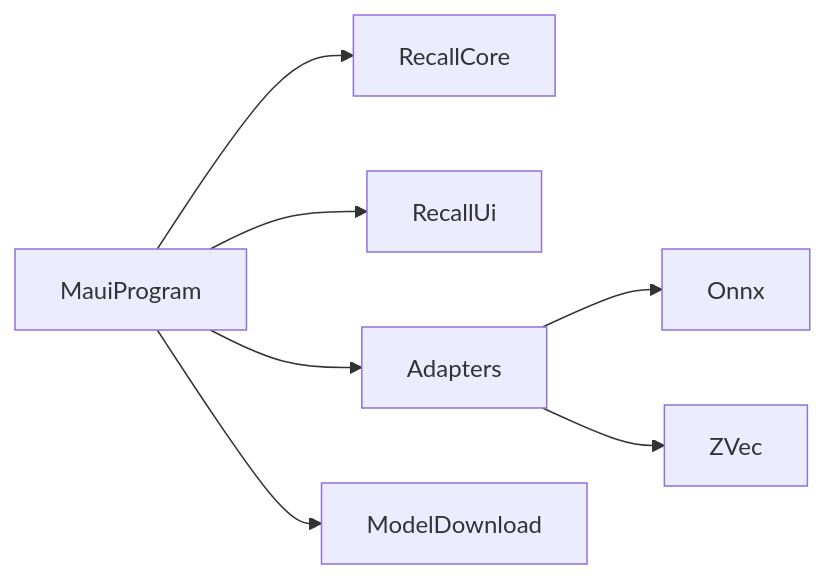
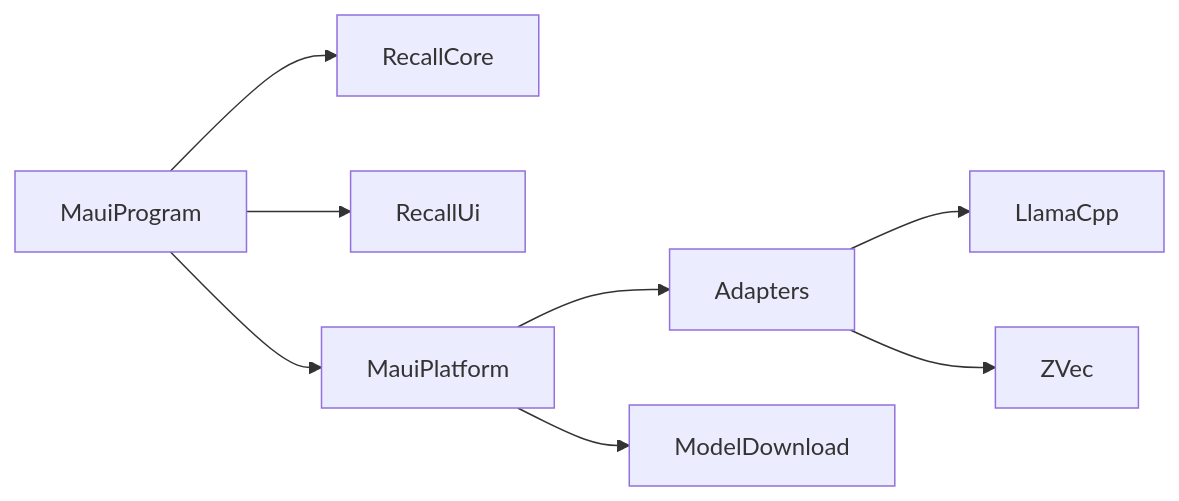
The diagram in docs/architecture/process.md (ahmedSamir50/Recall), drawn with Mermaid before and after one commit. The commit also changed other lines of this file and 34 other files, not shown here.

````diff
--- a/docs/architecture/process.md
+++ b/docs/architecture/process.md
@@ -15,9 +17,10 @@
 ```mermaid
 flowchart LR
   MauiProgram --> RecallCore
   MauiProgram --> RecallUi
-  MauiProgram --> Adapters
-  Adapters --> Onnx
+  MauiProgram --> MauiPlatform
+  MauiPlatform --> Adapters
+  Adapters --> LlamaCpp
   Adapters --> ZVec
-  MauiProgram --> ModelDownload
+  MauiPlatform --> ModelDownload
 ```
````
